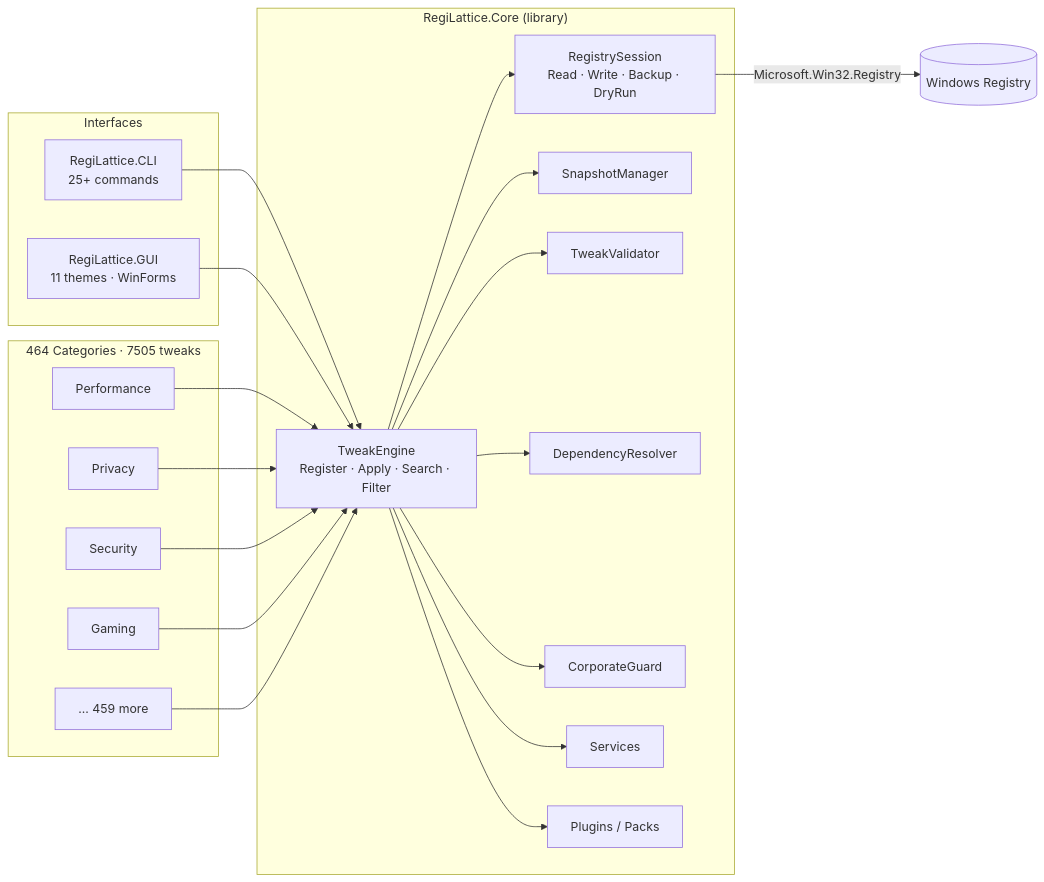
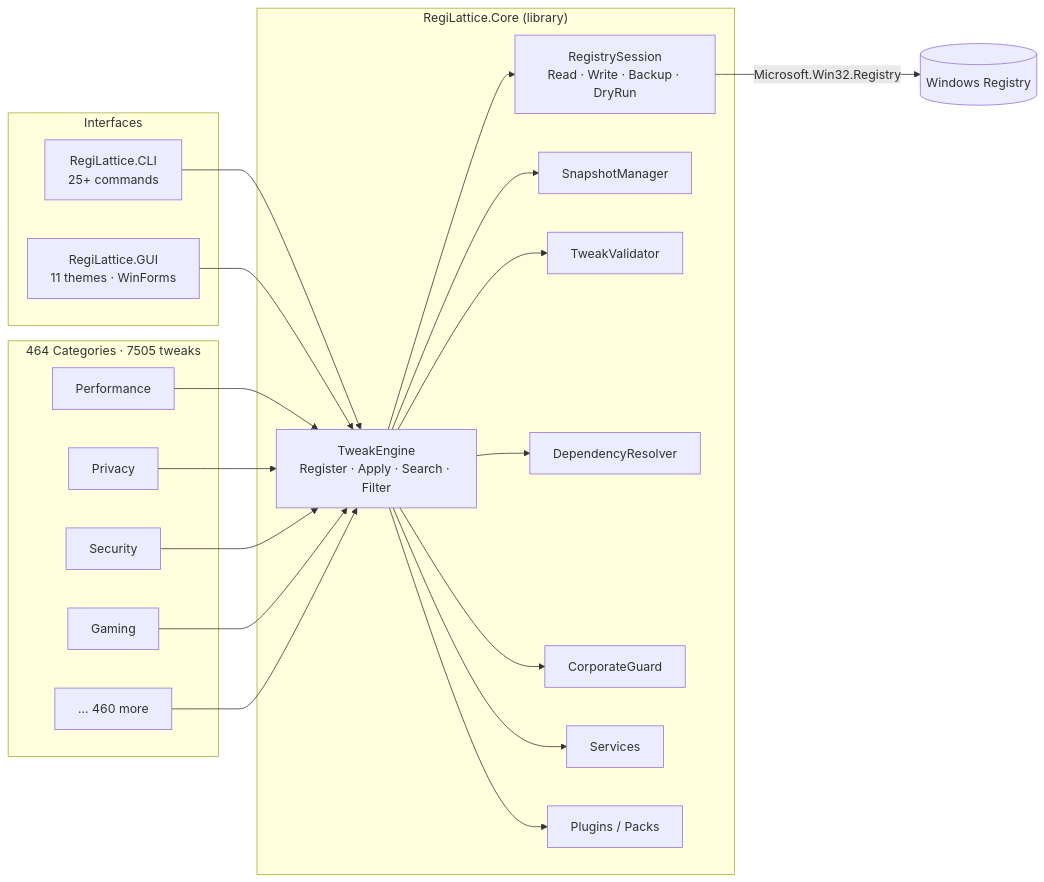
The first of 2 diagrams in README.md (RajwanYair/RegiLattice), drawn with Mermaid before and after one commit. The commit also changed other lines of this file and 6 other files, not shown here.

````diff
--- a/README.md
+++ b/README.md
@@ -88,38 +88,38 @@
 ```mermaid
 graph LR
     subgraph Interfaces
         CLI[RegiLattice.CLI<br/>25+ commands]
         GUI[RegiLattice.GUI<br/>11 themes · WinForms]
     end
 
     subgraph Core["RegiLattice.Core (library)"]
         TE[TweakEngine<br/>Register · Apply · Search · Filter]
         RS[RegistrySession<br/>Read · Write · Backup · DryRun]
         SM[SnapshotManager]
         TV[TweakValidator]
         DR[DependencyResolver]
         CG[CorporateGuard]
         SV[Services]
         PM[Plugins / Packs]
     end
 
     subgraph Tweaks["464 Categories · 7505 tweaks"]
         T1[Performance]
         T2[Privacy]
         T3[Security]
         T4[Gaming]
-        TN[... 459 more]
+        TN[... 460 more]
     end
 
     CLI --> TE
     GUI --> TE
     TE --> RS
     TE --> SM
     TE --> TV
     TE --> DR
     TE --> CG
     TE --> SV
     TE --> PM
     T1 & T2 & T3 & T4 & TN --> TE
     RS -->|Microsoft.Win32.Registry| WR[(Windows Registry)]
 ```
````
